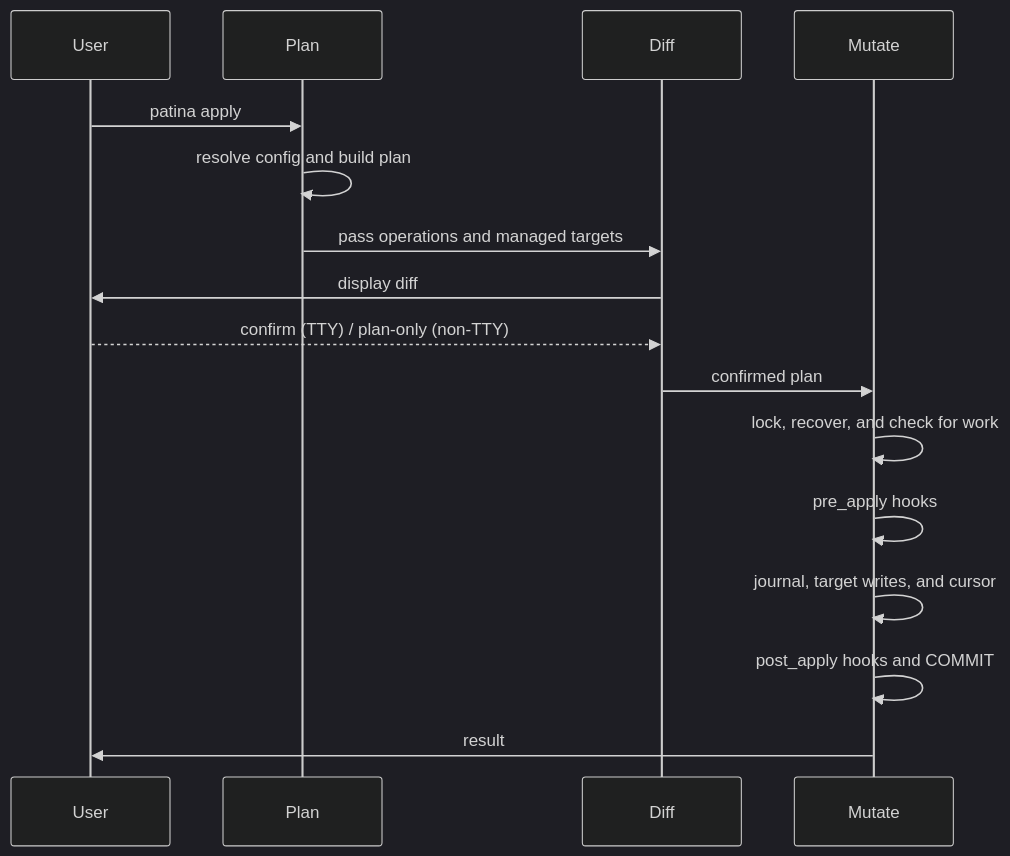
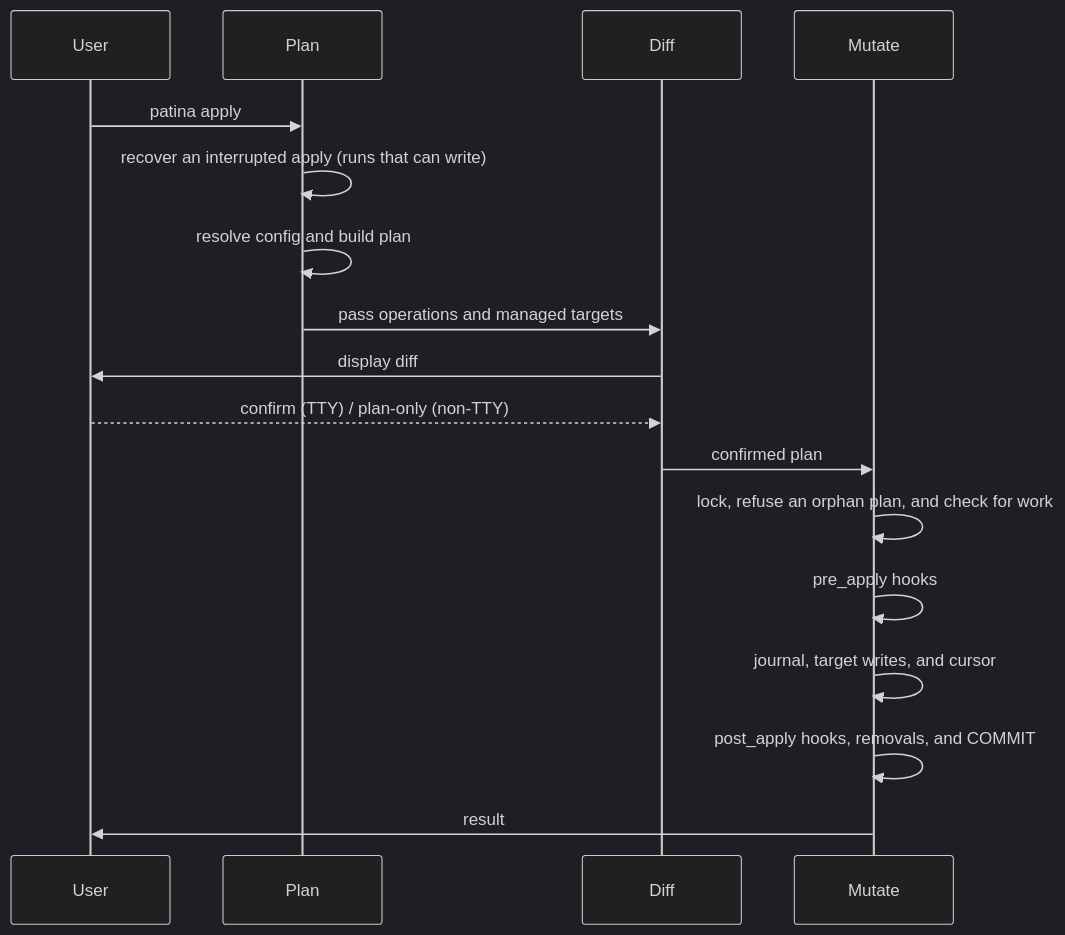
One commit to kvnxiao/patina changed the third of 3 diagrams in docs/ARCHITECTURE.md. Above: the diagram before and after it, drawn with Mermaid (dark theme). The commit also changed other lines of this file and 3 other files, not shown here.

````diff
--- a/docs/ARCHITECTURE.md
+++ b/docs/ARCHITECTURE.md
@@ -158,18 +160,19 @@
 ```mermaid
 sequenceDiagram
     participant U as User
     participant P as Plan
     participant D as Diff
     participant M as Mutate
     U->>P: patina apply
+    P->>P: recover an interrupted apply (runs that can write)
     P->>P: resolve config and build plan
     P->>D: pass operations and managed targets
     D->>U: display diff
     U-->>D: confirm (TTY) / plan-only (non-TTY)
     D->>M: confirmed plan
-    M->>M: lock, recover, and check for work
+    M->>M: lock, refuse an orphan plan, and check for work
     M->>M: pre_apply hooks
     M->>M: journal, target writes, and cursor
-    M->>M: post_apply hooks and COMMIT
+    M->>M: post_apply hooks, removals, and COMMIT
     M->>U: result
 ```
````
